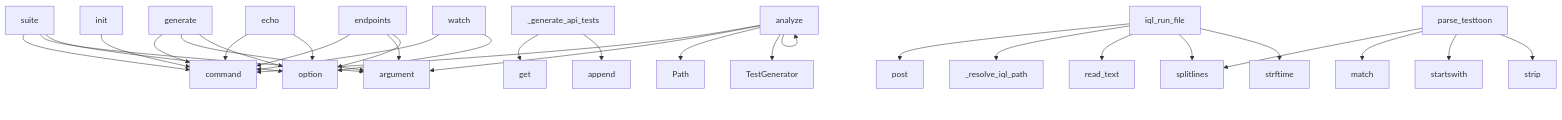
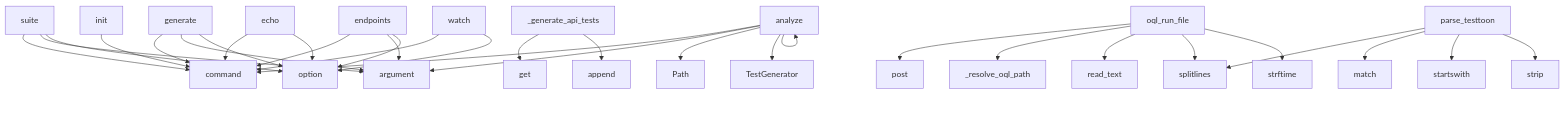
The diagram in code2llm_output/context.md (oqlos/testql), drawn with Mermaid before and after one commit. The commit also changed other lines of this file and 134 other files, not shown here.

````diff
--- a/code2llm_output/context.md
+++ b/code2llm_output/context.md
@@ -608,33 +608,33 @@
 ```mermaid
 graph TD
     suite --> command
     suite --> argument
     suite --> option
     _generate_api_tests --> get
     _generate_api_tests --> append
     analyze --> command
     analyze --> argument
     analyze --> Path
     analyze --> TestGenerator
     analyze --> analyze
     generate --> command
     generate --> argument
     generate --> option
-    iql_run_file --> post
-    iql_run_file --> _resolve_iql_path
-    iql_run_file --> read_text
-    iql_run_file --> splitlines
-    iql_run_file --> strftime
+    oql_run_file --> post
+    oql_run_file --> _resolve_oql_path
+    oql_run_file --> read_text
+    oql_run_file --> splitlines
+    oql_run_file --> strftime
     echo --> command
     echo --> option
     endpoints --> command
     endpoints --> argument
     endpoints --> option
     watch --> command
     watch --> option
     parse_testtoon --> splitlines
     parse_testtoon --> match
     parse_testtoon --> startswith
     parse_testtoon --> strip
     init --> command
 ```
````
